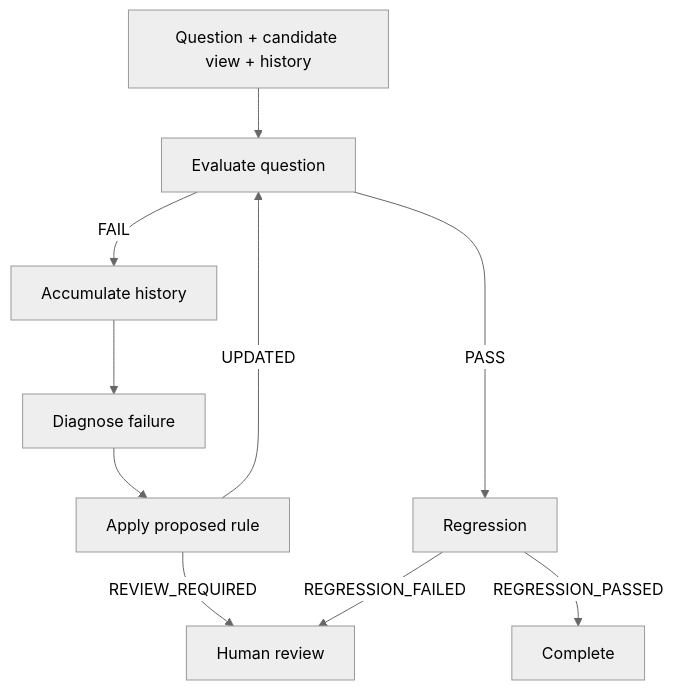
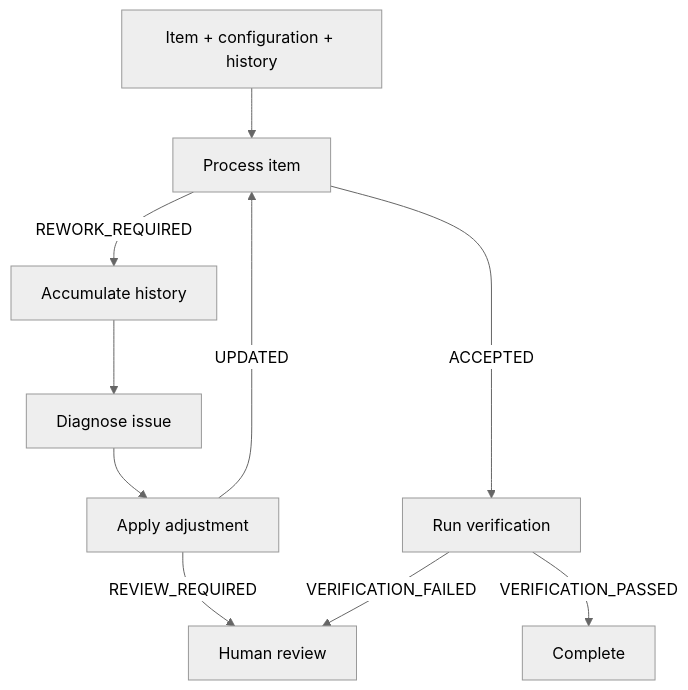
Before and after one commit to lodivandijk/architecture: the sixth of 6 diagrams in Governed_Execution_Graph_Architecture_v0.1.md, drawn with Mermaid (neutral theme). The commit also changed other lines of this file, not shown here.

Commit message:
Update architecture specification to v0.2

````diff
--- a/Governed_Execution_Graph_Architecture_v0.1.md
+++ b/Governed_Execution_Graph_Architecture_v0.1.md
@@ -467,12 +462,12 @@
 ```mermaid
 flowchart TD
-  Q[Question + candidate view + history] --> E[Evaluate question]
-  E -->|PASS| R[Regression]
-  E -->|FAIL| H[Accumulate history]
-  H --> D[Diagnose failure]
-  D --> A[Apply proposed rule]
+  Q[Item + configuration + history] --> E[Process item]
+  E -->|ACCEPTED| R[Run verification]
+  E -->|REWORK_REQUIRED| H[Accumulate history]
+  H --> D[Diagnose issue]
+  D --> A[Apply adjustment]
   A -->|UPDATED| E
   A -->|REVIEW_REQUIRED| U[Human review]
-  R -->|REGRESSION_FAILED| U
-  R -->|REGRESSION_PASSED| Z[Complete]
+  R -->|VERIFICATION_FAILED| U
+  R -->|VERIFICATION_PASSED| Z[Complete]
 ```
````
